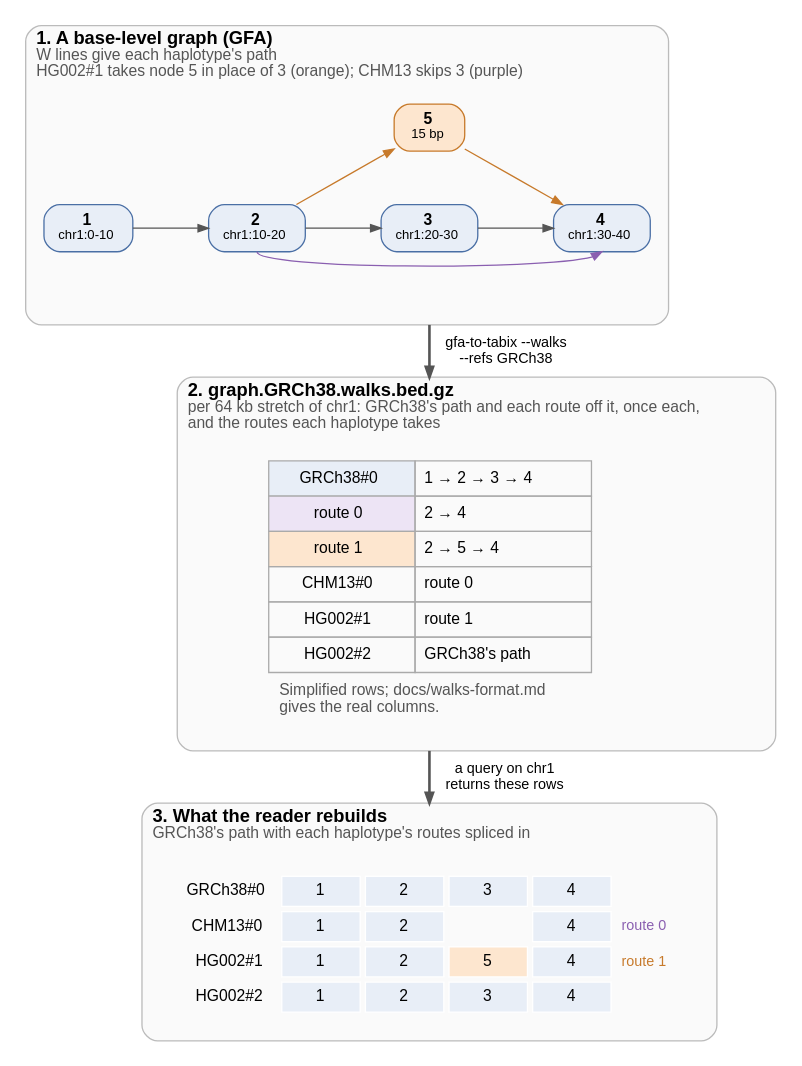
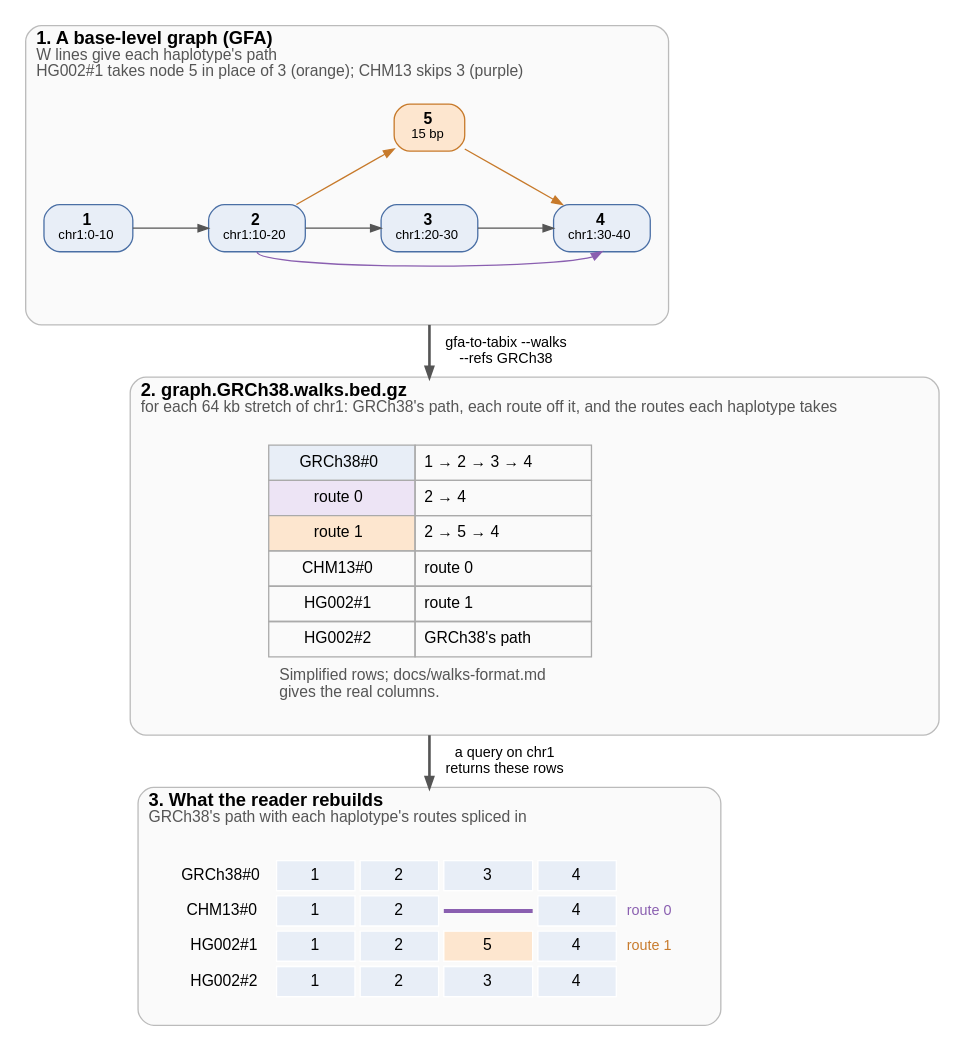
The diagram in docs/figures/walks.dot (GMOD/gfa-to-tabix), drawn with Graphviz before and after one commit. The commit also changed 6 other files, not shown here.

First line of the commit message:
Walks figure: bridge the node CHM13 skips; README links JBrowse setup; skimmable subcommands

```diff
--- a/docs/figures/walks.dot
+++ b/docs/figures/walks.dot
@@ -1,72 +1,72 @@
 // scripts/figures.py fills the marked rows from the tool's output and draws this figure
 digraph walks {
   bgcolor="white"
   fontname="Helvetica"
   newrank=true
   compound=true
   nodesep=0.4
   ranksep=0.55
   node [fontname="Helvetica", fontsize=12, shape=box, style="filled,rounded", fillcolor="#e8eef7", color="#4a6fa5", margin="0.15,0.06"]
   edge [fontname="Helvetica", fontsize=11, color="#555555", arrowsize=0.8]
 
   subgraph {
     graph [labeljust=l, fontsize=14, color="#bbbbbb", style="rounded,filled", fillcolor="#fafafa", margin=14]
 
     subgraph cluster_graph {
       label=<<B>1. A base-level graph (GFA)</B><BR ALIGN="LEFT"/><FONT POINT-SIZE="12" COLOR="#555555">W lines give each haplotype's path</FONT><BR ALIGN="LEFT"/><FONT POINT-SIZE="12" COLOR="#555555">HG002#1 takes node 5 in place of 3 (orange); CHM13 skips 3 (purple)</FONT><BR ALIGN="LEFT"/>>
       // begin graph
       n1 [label=<<B>1</B><BR/><FONT POINT-SIZE="10">chr1:0-10</FONT>>]
       n2 [label=<<B>2</B><BR/><FONT POINT-SIZE="10">chr1:10-20</FONT>>]
       n3 [label=<<B>3</B><BR/><FONT POINT-SIZE="10">chr1:20-30</FONT>>]
       n4 [label=<<B>4</B><BR/><FONT POINT-SIZE="10">chr1:30-40</FONT>>]
       n5 [label=<<B>5</B><BR/><FONT POINT-SIZE="10">15 bp</FONT>>, fillcolor="#fde6cf", color="#c77a2b"]
       {rank=same; n1; n2; n3; n4}
       n1 -> n2 [weight=20]
       n2 -> n3 [weight=20]
       n3 -> n4 [weight=20]
       n2 -> n5 [color="#c77a2b", constraint=false]
       n5 -> n4 [color="#c77a2b", constraint=false]
       n2:s -> n4:s [color="#8a5fb0", constraint=false]
       n5 -> n3 [style=invis, weight=20]
       nbelow [style=invis, label="", width=0, height=0]
       n3 -> nbelow [style=invis]
       // end graph
     }
 
     subgraph cluster_file {
       // begin label
-      label=<<B>2. graph.GRCh38.walks.bed.gz</B><BR ALIGN="LEFT"/><FONT POINT-SIZE="12" COLOR="#555555">per 64 kb stretch of chr1: GRCh38's path and each route off it, once each,</FONT><BR ALIGN="LEFT"/><FONT POINT-SIZE="12" COLOR="#555555">and the routes each haplotype takes</FONT><BR ALIGN="LEFT"/>>
+      label=<<B>2. graph.GRCh38.walks.bed.gz</B><BR ALIGN="LEFT"/><FONT POINT-SIZE="12" COLOR="#555555">for each 64 kb stretch of chr1: GRCh38's path, each route off it, and the routes each haplotype takes</FONT><BR ALIGN="LEFT"/>>
       // end label
       rows [shape=plaintext, style="", label=<
         <TABLE BORDER="0" CELLBORDER="0" CELLSPACING="0" CELLPADDING="0"><TR><TD><TABLE BORDER="0" CELLBORDER="1" CELLSPACING="0" CELLPADDING="6" COLOR="#aaaaaa">
           <!-- begin rows -->
           <TR><TD BGCOLOR="#e8eef7">GRCh38#0</TD><TD ALIGN="LEFT">1 → 2 → 3 → 4</TD></TR>
           <TR><TD BGCOLOR="#ede4f5">route 0</TD><TD ALIGN="LEFT">2 → 4</TD></TR>
           <TR><TD BGCOLOR="#fde6cf">route 1</TD><TD ALIGN="LEFT">2 → 5 → 4</TD></TR>
           <TR><TD>CHM13#0</TD><TD ALIGN="LEFT">route 0</TD></TR>
           <TR><TD>HG002#1</TD><TD ALIGN="LEFT">route 1</TD></TR>
           <TR><TD>HG002#2</TD><TD ALIGN="LEFT">GRCh38's path</TD></TR>
           <!-- end rows -->
         </TABLE></TD></TR>
         <TR><TD CELLPADDING="8" ALIGN="LEFT" BALIGN="LEFT"><FONT POINT-SIZE="12" COLOR="#555555">Simplified rows; docs/walks-format.md<BR/>gives the real columns.</FONT></TD></TR></TABLE>>]
     }
 
     subgraph cluster_rebuilt {
       label=<<B>3. What the reader rebuilds</B><BR ALIGN="LEFT"/><FONT POINT-SIZE="12" COLOR="#555555">GRCh38's path with each haplotype's routes spliced in</FONT><BR ALIGN="LEFT"/>>
       rebuilt [shape=plaintext, style="", label=<
         <TABLE BORDER="0" CELLBORDER="1" CELLSPACING="4" CELLPADDING="4" COLOR="#ffffff">
           <!-- begin rebuilt -->
           <TR><TD BORDER="0" ALIGN="RIGHT">GRCh38#0</TD><TD WIDTH="60" BGCOLOR="#e8eef7">1</TD><TD WIDTH="60" BGCOLOR="#e8eef7">2</TD><TD WIDTH="60" BGCOLOR="#e8eef7">3</TD><TD WIDTH="60" BGCOLOR="#e8eef7">4</TD><TD BORDER="0" ALIGN="LEFT"></TD></TR>
-          <TR><TD BORDER="0" ALIGN="RIGHT">CHM13#0</TD><TD BGCOLOR="#e8eef7">1</TD><TD BGCOLOR="#e8eef7">2</TD><TD BORDER="0"></TD><TD BGCOLOR="#e8eef7">4</TD><TD BORDER="0" ALIGN="LEFT"><FONT POINT-SIZE="11" COLOR="#8a5fb0">route 0</FONT></TD></TR>
+          <TR><TD BORDER="0" ALIGN="RIGHT">CHM13#0</TD><TD BGCOLOR="#e8eef7">1</TD><TD BGCOLOR="#e8eef7">2</TD><TD BORDER="0" CELLPADDING="0"><TABLE BORDER="0" CELLSPACING="0" CELLPADDING="0"><TR><TD FIXEDSIZE="TRUE" HEIGHT="3" WIDTH="68" BGCOLOR="#8a5fb0"></TD></TR></TABLE></TD><TD BGCOLOR="#e8eef7">4</TD><TD BORDER="0" ALIGN="LEFT"><FONT POINT-SIZE="11" COLOR="#8a5fb0">route 0</FONT></TD></TR>
           <TR><TD BORDER="0" ALIGN="RIGHT">HG002#1</TD><TD BGCOLOR="#e8eef7">1</TD><TD BGCOLOR="#e8eef7">2</TD><TD BGCOLOR="#fde6cf">5</TD><TD BGCOLOR="#e8eef7">4</TD><TD BORDER="0" ALIGN="LEFT"><FONT POINT-SIZE="11" COLOR="#c77a2b">route 1</FONT></TD></TR>
           <TR><TD BORDER="0" ALIGN="RIGHT">HG002#2</TD><TD BGCOLOR="#e8eef7">1</TD><TD BGCOLOR="#e8eef7">2</TD><TD BGCOLOR="#e8eef7">3</TD><TD BGCOLOR="#e8eef7">4</TD><TD BORDER="0" ALIGN="LEFT"></TD></TR>
           <!-- end rebuilt -->
         </TABLE>>]
     }
   }
 
   // begin arrows
   nbelow -> rows [ltail=cluster_graph, lhead=cluster_file, label="  gfa-to-tabix --walks\n  --refs GRCh38", penwidth=2]
   rows -> rebuilt [ltail=cluster_file, lhead=cluster_rebuilt, label="  a query on chr1\n  returns these rows", penwidth=2]
   // end arrows
 }
```
